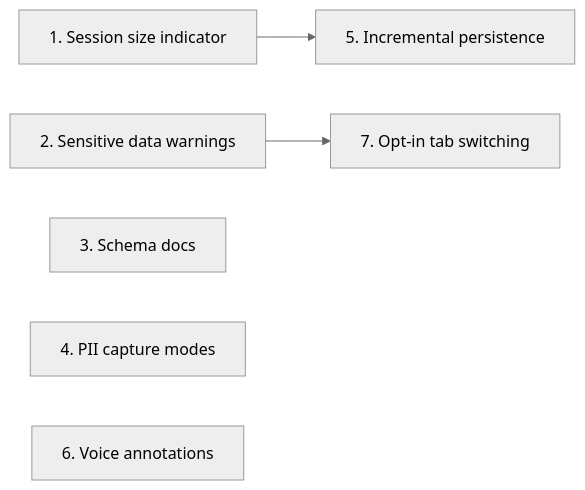
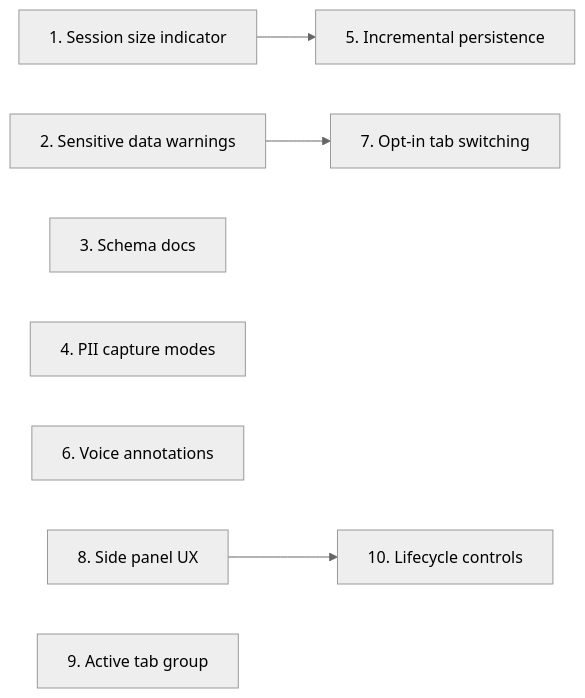
The diagram in docs/roadmap.md (thehogfather/deskcheck), drawn with Mermaid (neutral theme) before and after one commit. The commit also changed other lines of this file, not shown here.

First line of the commit message:
docs(roadmap): add side panel UX, auto tab group, lifecycle controls

````diff
--- a/docs/roadmap.md
+++ b/docs/roadmap.md
@@ -146,8 +199,10 @@
 ```mermaid
 graph LR
     1[1. Session size indicator] --> 5[5. Incremental persistence]
     2[2. Sensitive data warnings] --> 7[7. Opt-in tab switching]
     3[3. Schema docs]
     4[4. PII capture modes]
     6[6. Voice annotations]
+    8[8. Side panel UX] --> 10[10. Lifecycle controls]
+    9[9. Active tab group]
 ```
````
